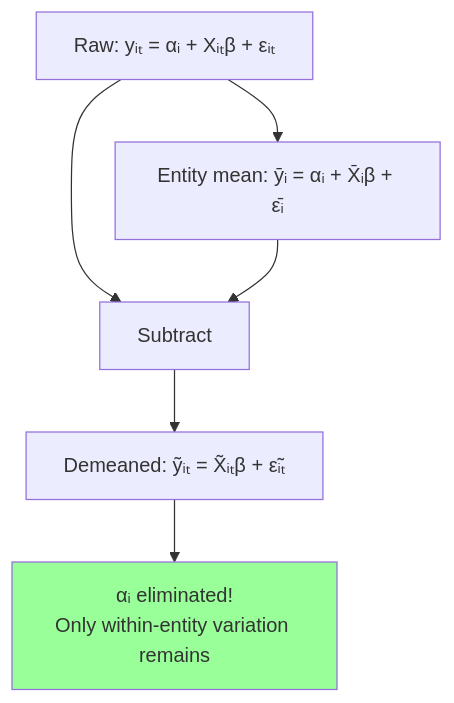
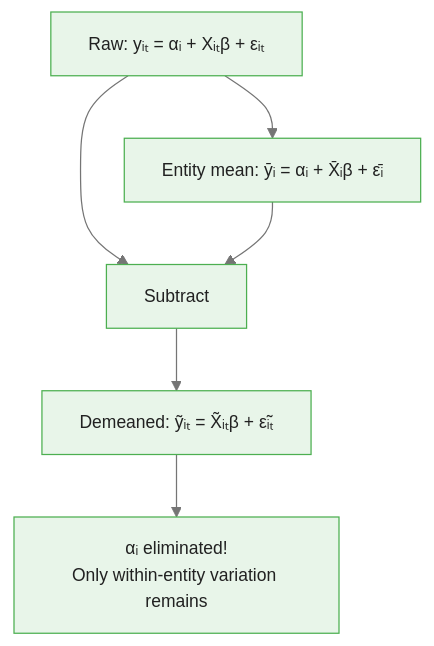
One commit to m-deane/course-creator changed the second of 3 diagrams in courses/panel-regression/modules/module_02_fixed_effects/guides/01_fixed_effects_intuition_slides.md. Above: the diagram before and after it, drawn with Mermaid. The commit also changed other lines of this file and 79 other files, not shown here.

````diff
--- a/courses/panel-regression/modules/module_02_fixed_effects/guides/01_fixed_effects_intuition_slides.md
+++ b/courses/panel-regression/modules/module_02_fixed_effects/guides/01_fixed_effects_intuition_slides.md
@@ -86,9 +114,9 @@
 ```mermaid
+%%{init: {"theme": "base", "themeVariables": {"primaryColor": "#e8f5e9", "primaryBorderColor": "#4caf50", "primaryTextColor": "#212121", "secondaryColor": "#e3f2fd", "tertiaryColor": "#fff8e1", "lineColor": "#757575", "fontFamily": "Inter, sans-serif", "fontSize": "14px"}}}%%
 flowchart TD
     RAW["Raw: yᵢₜ = αᵢ + Xᵢₜβ + εᵢₜ"] --> MEAN["Entity mean: ȳᵢ = αᵢ + X̄ᵢβ + ε̄ᵢ"]
     RAW --> SUB["Subtract"]
     MEAN --> SUB
     SUB --> DEMEAN["Demeaned: ỹᵢₜ = X̃ᵢₜβ + ε̃ᵢₜ"]
     DEMEAN --> NOTE["αᵢ eliminated!<br/>Only within-entity variation remains"]
-    style NOTE fill:#9f9
 ```
````
